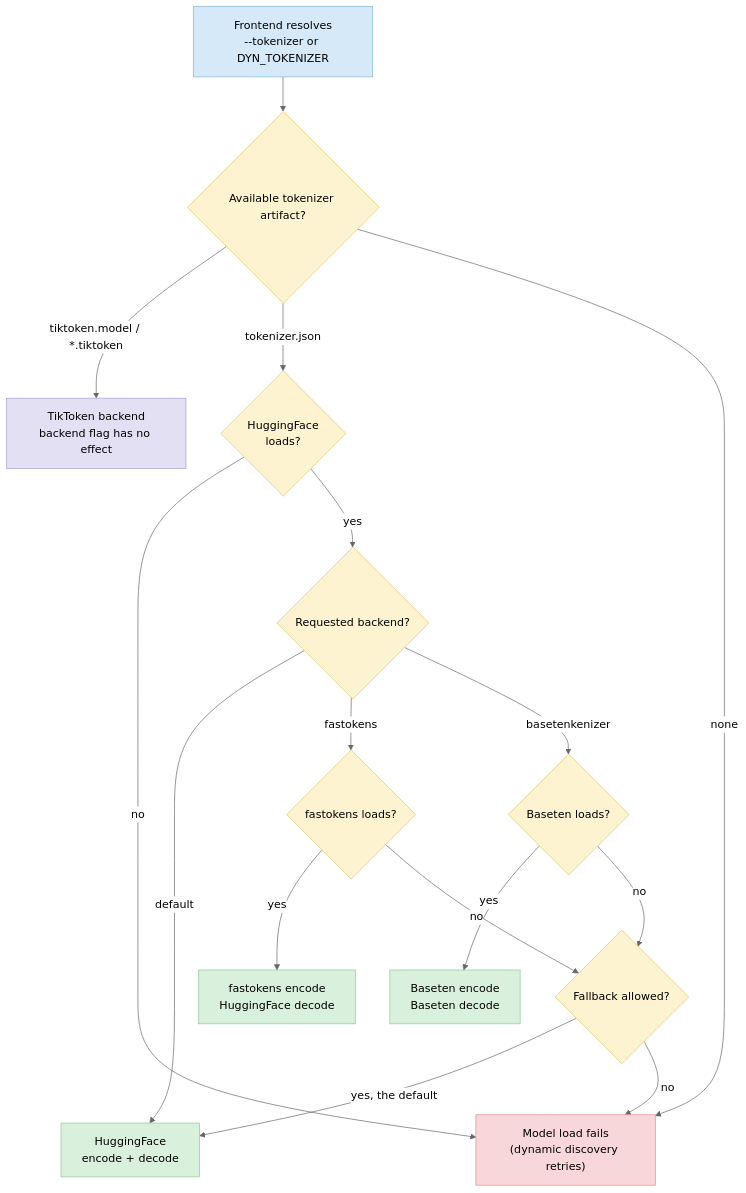
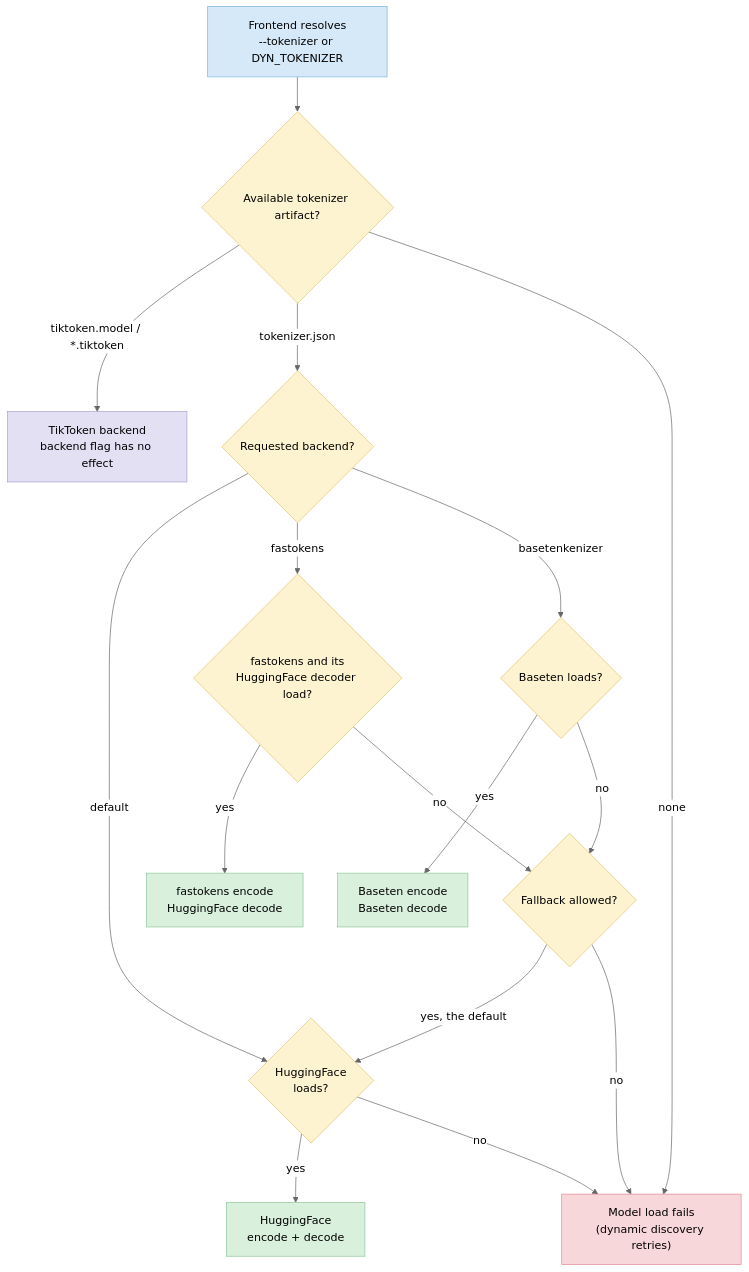
Before and after one commit to ai-dynamo/dynamo: the diagram in docs/fern/pages/developer-guide/knowledge-base/modular-components/frontend/tokenizer.md, drawn with Mermaid (neutral theme). The commit also changed other lines of this file and 15 other files, not shown here.

````diff
--- a/docs/fern/pages/developer-guide/knowledge-base/modular-components/frontend/tokenizer.md
+++ b/docs/fern/pages/developer-guide/knowledge-base/modular-components/frontend/tokenizer.md
@@ -33,31 +33,31 @@
 ```mermaid
 flowchart TD
     A["Frontend resolves<br/>--tokenizer or DYN_TOKENIZER"] --> B{"Available tokenizer artifact?"}
     B -->|"tiktoken.model / *.tiktoken"| C["TikToken backend<br/>backend flag has no effect"]
-    B -->|"tokenizer.json"| L{"HuggingFace<br/>loads?"}
+    B -->|"tokenizer.json"| D{"Requested backend?"}
     B -->|"none"| K["Model load fails<br/>(dynamic discovery retries)"]
-    L -->|"no"| K
-    L -->|"yes"| D{"Requested backend?"}
-    D -->|"default"| E["HuggingFace<br/>encode + decode"]
-    D -->|"fastokens"| F{"fastokens loads?"}
+    D -->|"default"| L{"HuggingFace<br/>loads?"}
+    D -->|"fastokens"| F{"fastokens and its<br/>HuggingFace decoder load?"}
     D -->|"basetenkenizer"| G{"Baseten loads?"}
     F -->|"yes"| H["fastokens encode<br/>HuggingFace decode"]
     G -->|"yes"| I["Baseten encode<br/>Baseten decode"]
     F -->|"no"| J{"Fallback allowed?"}
     G -->|"no"| J
-    J -->|"yes, the default"| E
+    J -->|"yes, the default"| L
     J -->|"no"| K
+    L -->|"yes"| E["HuggingFace<br/>encode + decode"]
+    L -->|"no"| K
 
     style A fill:#d6e9f8,stroke:#7fb3d5
     style B fill:#fdf3d0,stroke:#e0c56e
     style C fill:#e3e0f3,stroke:#a99fd4
     style D fill:#fdf3d0,stroke:#e0c56e
     style E fill:#d9f0dc,stroke:#8fc79a
     style F fill:#fdf3d0,stroke:#e0c56e
     style G fill:#fdf3d0,stroke:#e0c56e
     style H fill:#d9f0dc,stroke:#8fc79a
     style I fill:#d9f0dc,stroke:#8fc79a
     style J fill:#fdf3d0,stroke:#e0c56e
     style K fill:#f8d7da,stroke:#e08b93
     style L fill:#fdf3d0,stroke:#e0c56e
 ```
````
